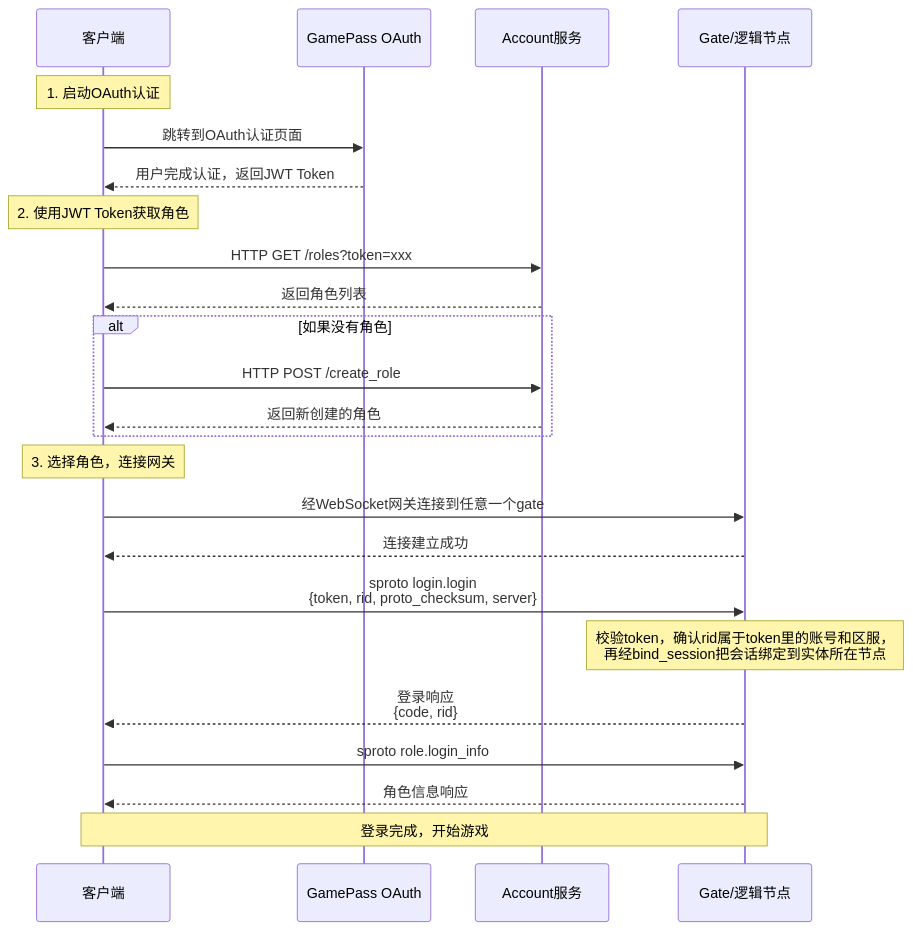
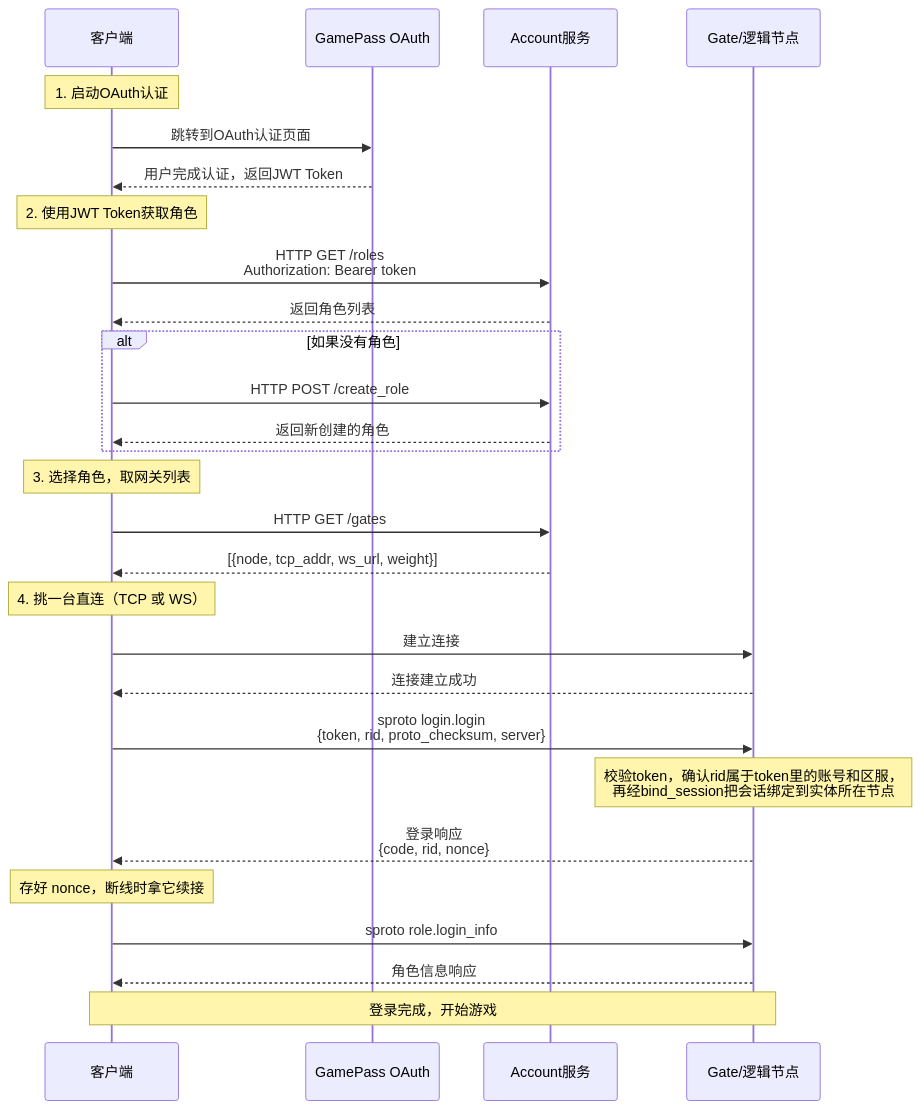
One commit to hanxi/skyext changed the sixth of 8 diagrams in docs/guide/login_diagram.md. Above: the diagram before and after it, drawn with Mermaid. The commit also changed other lines of this file and 10 other files, not shown here.

````diff
--- a/docs/guide/login_diagram.md
+++ b/docs/guide/login_diagram.md
@@ -170,33 +206,38 @@
 ```mermaid
 sequenceDiagram
     participant C as 客户端
     participant GP as GamePass OAuth
     participant A as Account服务
     participant R as Gate/逻辑节点
 
     Note over C: 1. 启动OAuth认证
     C->>GP: 跳转到OAuth认证页面
     GP-->>C: 用户完成认证，返回JWT Token
 
     Note over C: 2. 使用JWT Token获取角色
-    C->>A: HTTP GET /roles?token=xxx
+    C->>A: HTTP GET /roles<br/>Authorization: Bearer token
     A-->>C: 返回角色列表
 
     alt 如果没有角色
         C->>A: HTTP POST /create_role
         A-->>C: 返回新创建的角色
     end
 
-    Note over C: 3. 选择角色，连接网关
-    C->>R: 经WebSocket网关连接到任意一个gate
+    Note over C: 3. 选择角色，取网关列表
+    C->>A: HTTP GET /gates
+    A-->>C: [{node, tcp_addr, ws_url, weight}]
+
+    Note over C: 4. 挑一台直连（TCP 或 WS）
+    C->>R: 建立连接
     R-->>C: 连接建立成功
 
     C->>R: sproto login.login<br/>{token, rid, proto_checksum, server}
     Note over R: 校验token，确认rid属于token里的账号和区服，<br/>再经bind_session把会话绑定到实体所在节点
-    R-->>C: 登录响应<br/>{code, rid}
+    R-->>C: 登录响应<br/>{code, rid, nonce}
+    Note over C: 存好 nonce，断线时拿它续接
 
     C->>R: sproto role.login_info
     R-->>C: 角色信息响应
 
     Note over C,R: 登录完成，开始游戏
 ```
````
